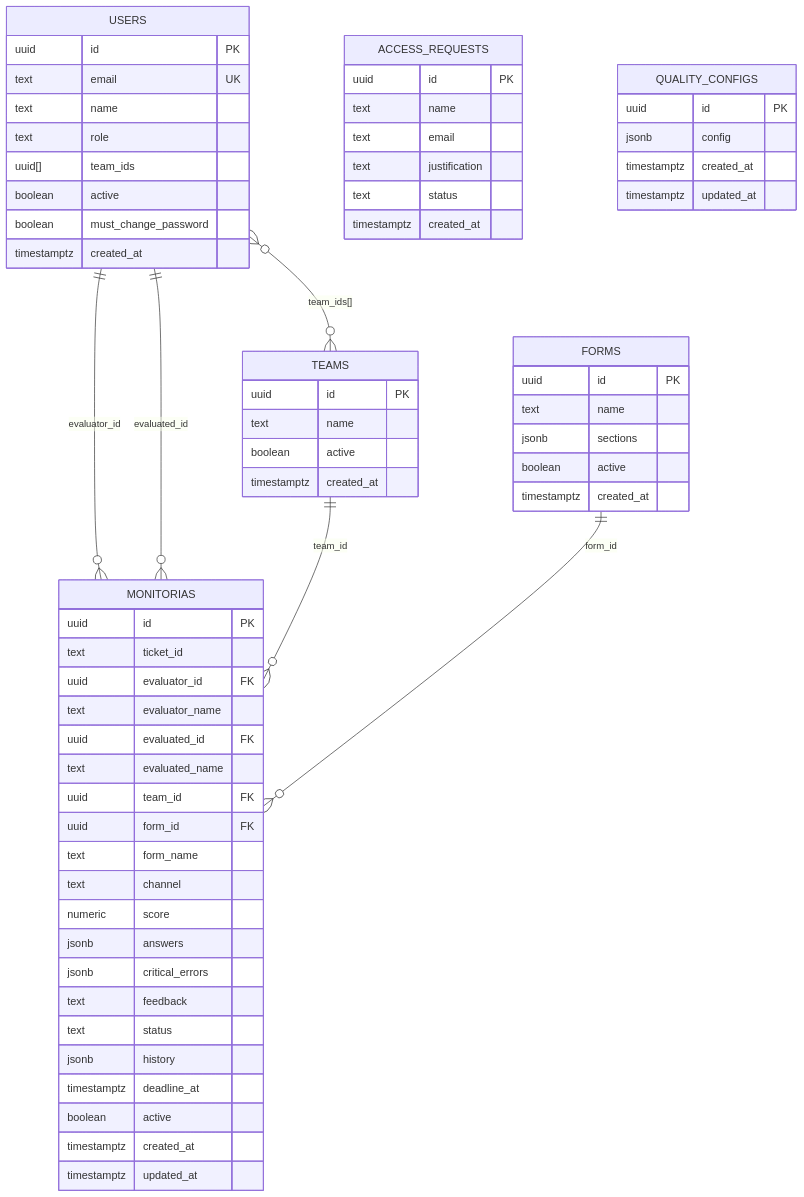
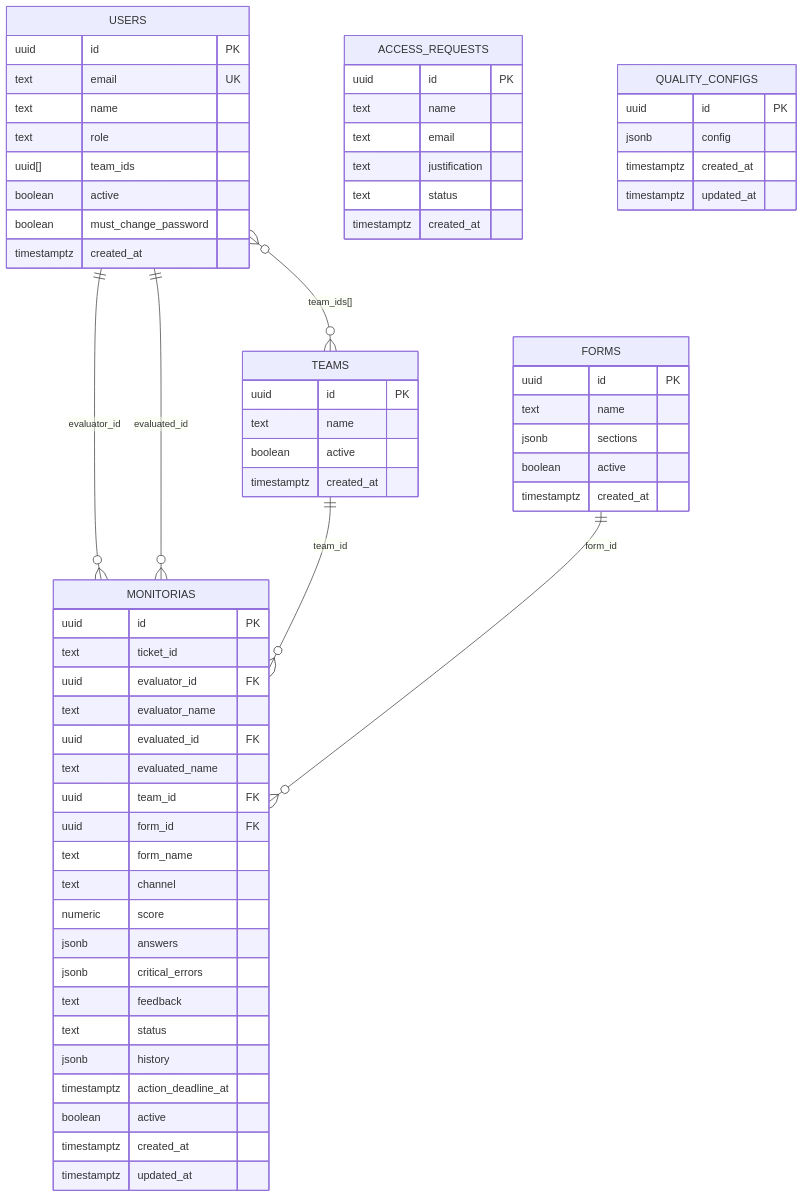
The diagram in docs/database/schema.md (allanscode/QualiTrack), drawn with Mermaid before and after one commit. The commit also changed other lines of this file and 60 other files, not shown here.

````diff
--- a/docs/database/schema.md
+++ b/docs/database/schema.md
@@ -9,73 +9,73 @@
 ```mermaid
 erDiagram
     USERS ||--o{ MONITORIAS : "evaluator_id"
     USERS ||--o{ MONITORIAS : "evaluated_id"
     TEAMS ||--o{ MONITORIAS : "team_id"
     FORMS ||--o{ MONITORIAS : "form_id"
     USERS }o--o{ TEAMS : "team_ids[]"
 
     USERS {
         uuid id PK
         text email UK
         text name
         text role
         uuid[] team_ids
         boolean active
         boolean must_change_password
         timestamptz created_at
     }
 
     TEAMS {
         uuid id PK
         text name
         boolean active
         timestamptz created_at
     }
 
     FORMS {
         uuid id PK
         text name
         jsonb sections
         boolean active
         timestamptz created_at
     }
 
     MONITORIAS {
         uuid id PK
         text ticket_id
         uuid evaluator_id FK
         text evaluator_name
         uuid evaluated_id FK
         text evaluated_name
         uuid team_id FK
         uuid form_id FK
         text form_name
         text channel
         numeric score
         jsonb answers
         jsonb critical_errors
         text feedback
         text status
         jsonb history
-        timestamptz deadline_at
+        timestamptz action_deadline_at
         boolean active
         timestamptz created_at
         timestamptz updated_at
     }
 
     ACCESS_REQUESTS {
         uuid id PK
         text name
         text email
         text justification
         text status
         timestamptz created_at
     }
 
     QUALITY_CONFIGS {
         uuid id PK
         jsonb config
         timestamptz created_at
         timestamptz updated_at
     }
 ```
````
